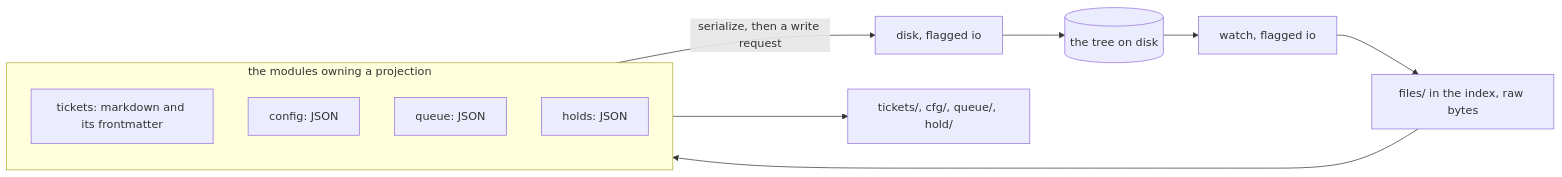
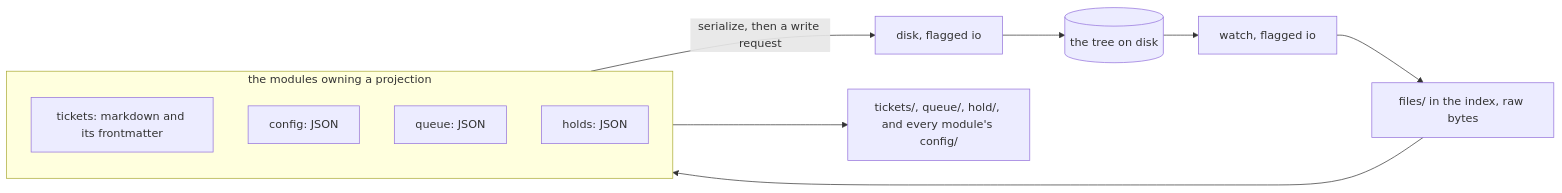
The third of 8 diagrams in spec/design_output/model.md (mb-89/quackitect), drawn with Mermaid before and after one commit. The commit also changed other lines of this file and 3 other files, not shown here.

First line of the commit message:
the-foundation-closes-its-gaps: each module keeps its own config subtopic, and names its values locally

````diff
--- a/spec/design_output/model.md
+++ b/spec/design_output/model.md
@@ -161,16 +168,16 @@
 ```mermaid
 flowchart LR
   tree[("the tree on disk")]
   watch["watch, flagged io"]
   disk["disk, flagged io"]
   files["files/ in the index, raw bytes"]
   subgraph owners["the modules owning a projection"]
     tickets["tickets: markdown and its frontmatter"]
     config["config: JSON"]
     queue["queue: JSON"]
     holds["holds: JSON"]
   end
-  topics["tickets/, cfg/, queue/, hold/"]
+  topics["tickets/, queue/, hold/, and every module's config/"]
   tree --> watch --> files --> owners --> topics
   owners -- "serialize, then a write request" --> disk --> tree
 ```
````
